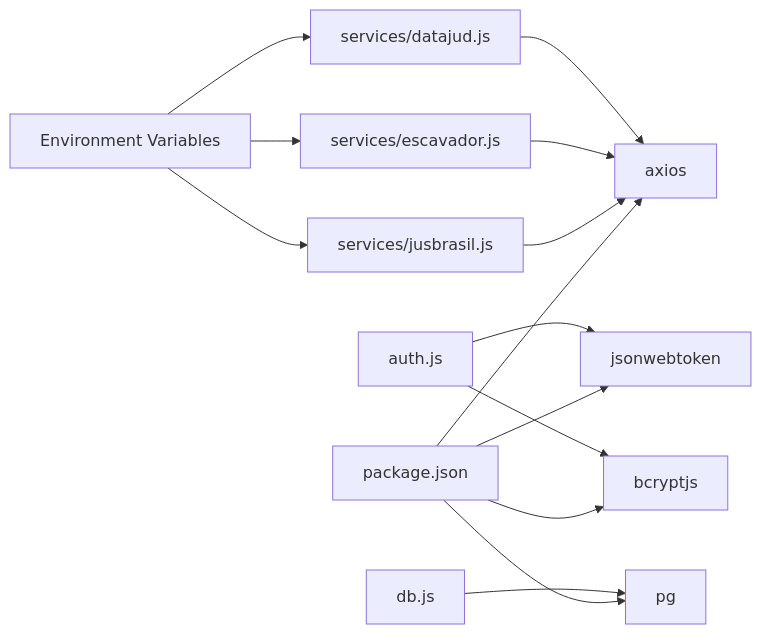
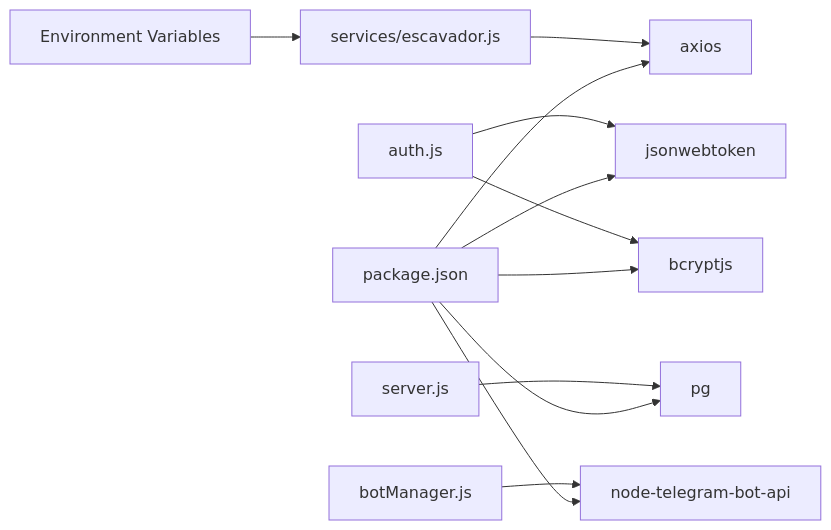
The fifth of 5 diagrams in .qoder/repowiki/en/content/API Integration Layer/Tiered Access Strategy.md (Alexandrexicara/bot-processos), drawn with Mermaid before and after one commit. The commit also changed other lines of this file and 6 other files, not shown here.

````diff
--- a/.qoder/repowiki/en/content/API Integration Layer/Tiered Access Strategy.md
+++ b/.qoder/repowiki/en/content/API Integration Layer/Tiered Access Strategy.md
@@ -391,16 +325,14 @@
 ```mermaid
 graph LR
 P["package.json"] --> AX["axios"]
 P --> JM["jsonwebtoken"]
 P --> BC["bcryptjs"]
 P --> PG["pg"]
-JB["services/jusbrasil.js"] --> AX
+P --> NT["node-telegram-bot-api"]
 ESC["services/escavador.js"] --> AX
-DJ["services/datajud.js"] --> AX
 AUTH["auth.js"] --> JM
 AUTH --> BC
-DBJS["db.js"] --> PG
-ENV["Environment Variables"] --> JB
-ENV --> ESC
-ENV --> DJ
+DBJS["server.js"] --> PG
+NTAPI["botManager.js"] --> NT
+ENV["Environment Variables"] --> ESC
 ```
````
